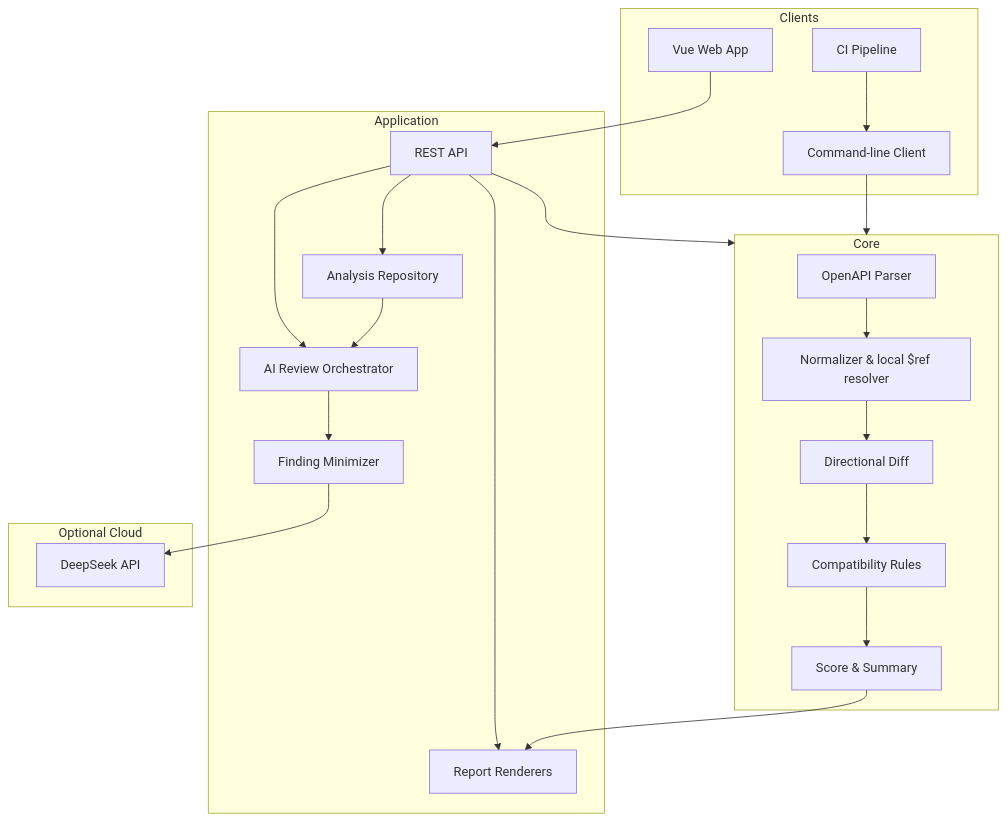
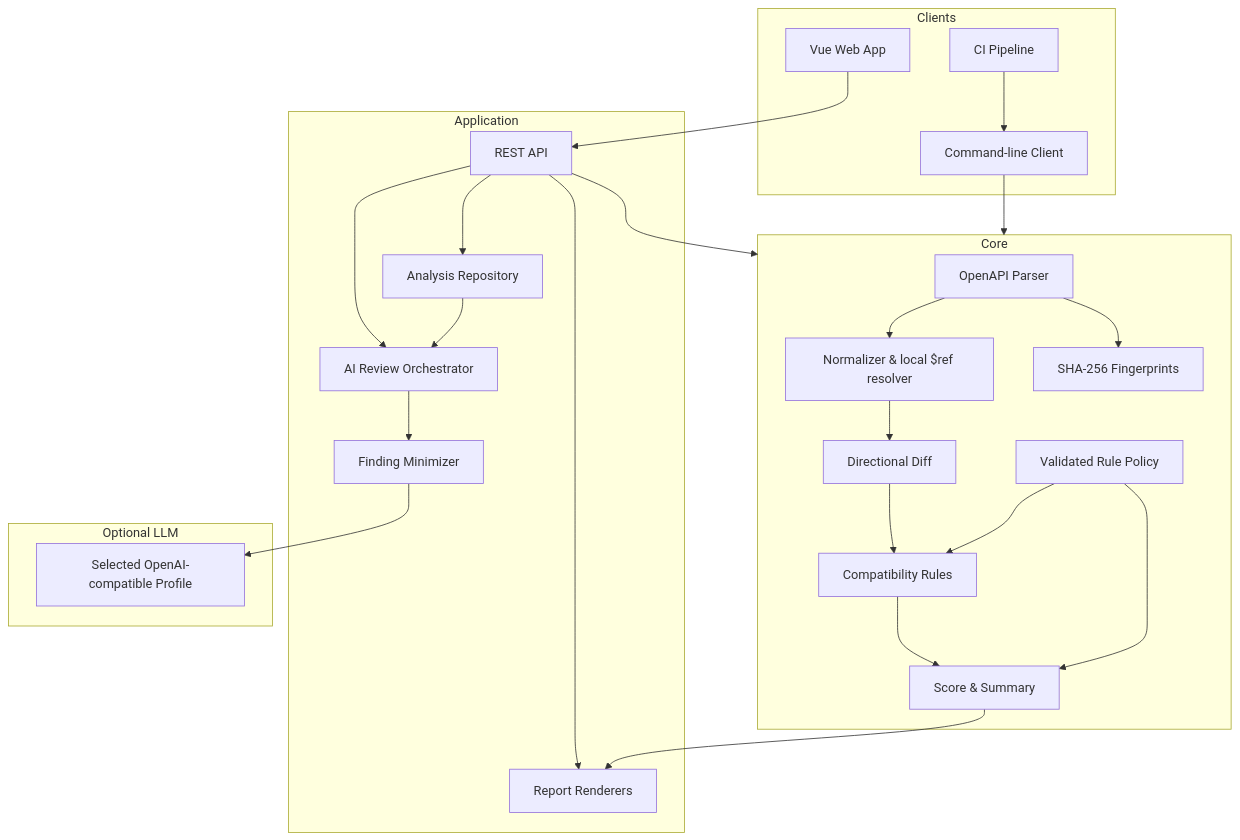
The first of 3 diagrams in docs/architecture.md (mingxian233/ContractGuard), drawn with Mermaid before and after one commit. The commit also changed other lines of this file and 59 other files, not shown here.

````diff
--- a/docs/architecture.md
+++ b/docs/architecture.md
@@ -14,40 +14,45 @@
 ```mermaid
 flowchart TB
     subgraph Clients
       UI[Vue Web App]
       CLI[Command-line Client]
       CI[CI Pipeline]
     end
 
     subgraph Application
       API[REST API]
       REPORT[Report Renderers]
       STORE[Analysis Repository]
       AIO[AI Review Orchestrator]
       MIN[Finding Minimizer]
     end
 
     subgraph Core
       PARSER[OpenAPI Parser]
       NORM[Normalizer & local $ref resolver]
       DIFF[Directional Diff]
       RULES[Compatibility Rules]
+      POLICY[Validated Rule Policy]
+      HASH[SHA-256 Fingerprints]
       SCORE[Score & Summary]
     end
 
-    subgraph Optional Cloud
-      DS[DeepSeek API]
+    subgraph Optional LLM
+      DS[Selected OpenAI-compatible Profile]
     end
 
     UI --> API
     CLI --> Core
     CI --> CLI
     API --> Core
     API --> REPORT
     API --> STORE
     API --> AIO
     STORE --> AIO
     AIO --> MIN --> DS
+    PARSER --> HASH
     PARSER --> NORM --> DIFF --> RULES --> SCORE
+    POLICY --> RULES
+    POLICY --> SCORE
     SCORE --> REPORT
 ```
````
